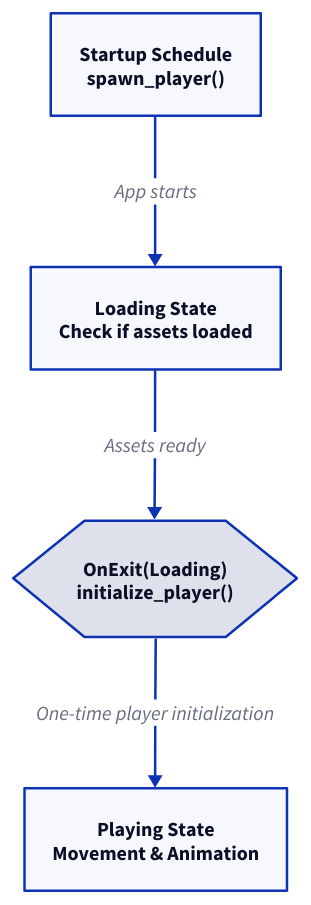
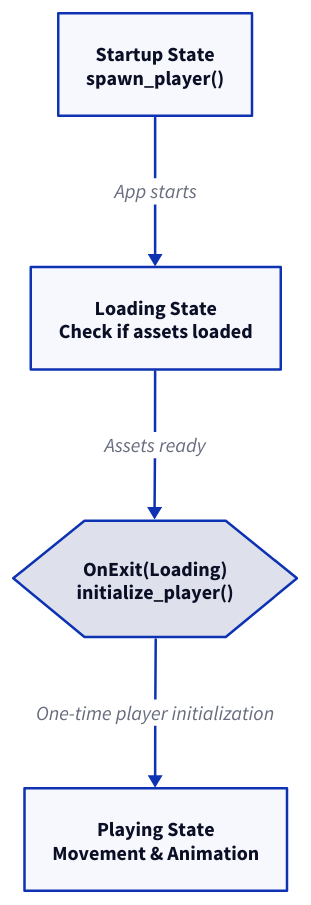
Before and after one commit to jamesfebin/AIBodh-Website: the second of 2 diagrams in _posts/2025-12-02-bevy-rust-game-development-chapter-4.markdown, drawn with D2. The commit also changed other lines of this file and 8 other files, not shown here.

````diff
--- a/_posts/2025-12-02-bevy-rust-game-development-chapter-4.markdown
+++ b/_posts/2025-12-02-bevy-rust-game-development-chapter-4.markdown
@@ -91,27 +89,27 @@
 ```d2
 direction: down
 
 Startup: {
   shape: rectangle
-  label: Startup Schedule\nspawn_player()
+  label: Startup State\nspawn_player()
 }
 
 Loading: {
   shape: rectangle
   label: Loading State\nCheck if assets loaded
 }
 
 OnExit Loading: {
   shape: hexagon
   label: OnExit(Loading)\ninitialize_player()
 }
 
 Playing: {
   shape: rectangle
   label: Playing State\nMovement & Animation
 }
 
 Startup -> Loading: App starts
 Loading -> OnExit Loading: Assets ready
 OnExit Loading -> Playing: One-time player initialization 
 ```
````
